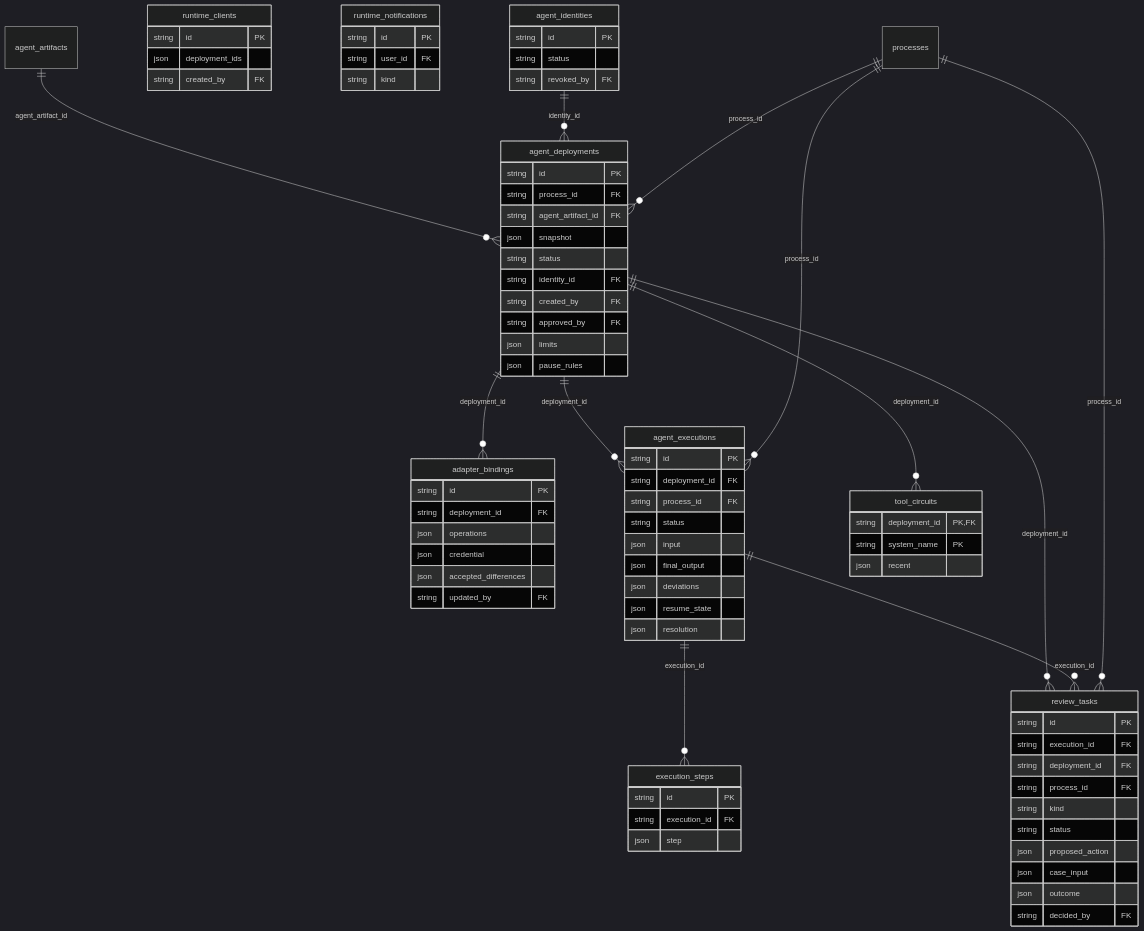
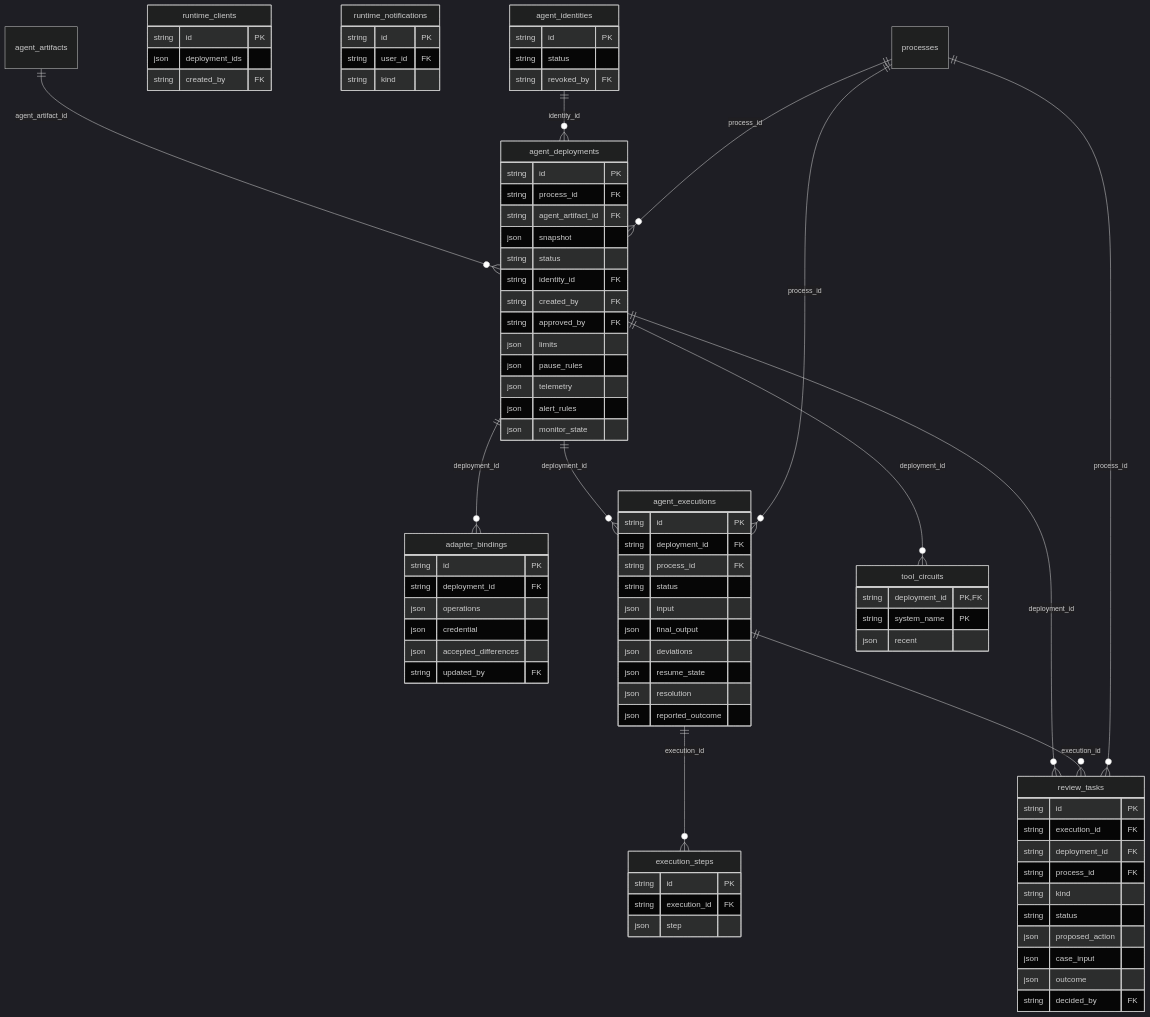
Before and after one commit to jayendukumar/agentify: the seventh of 9 diagrams in docs/wiki/Data-Model.md, drawn with Mermaid (dark theme). The commit also changed other lines of this file and 31 other files, not shown here.

```diff
--- a/docs/wiki/Data-Model.md
+++ b/docs/wiki/Data-Model.md
@@ -535,6 +535,9 @@
         string approved_by FK
         json limits
         json pause_rules
+        json telemetry
+        json alert_rules
+        json monitor_state
     }
     adapter_bindings {
         string id PK
@@ -559,6 +562,7 @@
         json deviations
         json resume_state
         json resolution
+        json reported_outcome
     }
     execution_steps {
         string id PK
```
